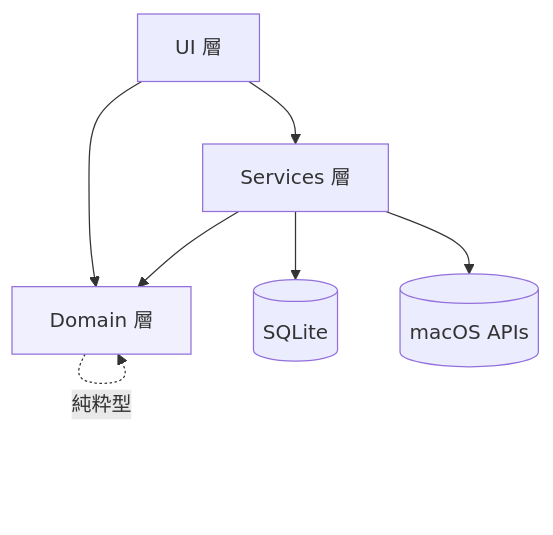
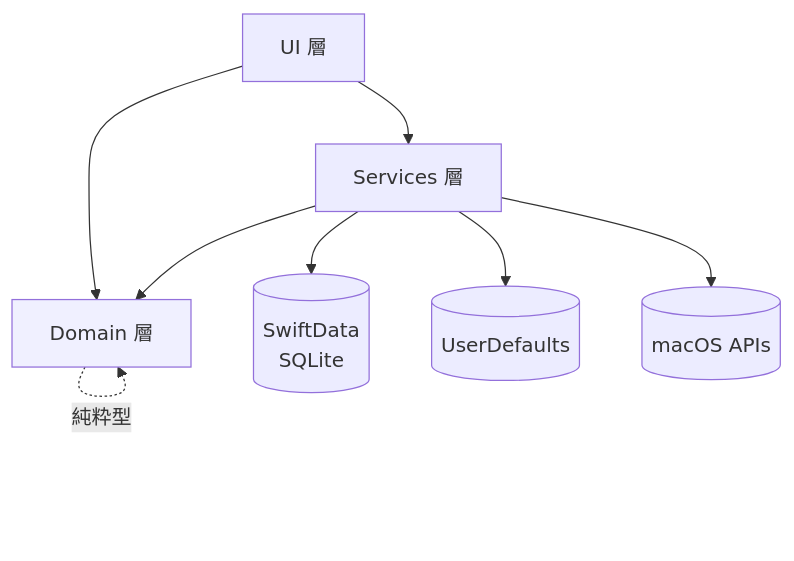
One commit to DIO0550/mac-clip-shelf changed the first of 2 diagrams in docs/clip-shelf/technical-spec.md. Above: the diagram before and after it, drawn with Mermaid. The commit also changed other lines of this file and 7 other files, not shown here.

First line of the commit message:
📝 [Doc]: #17 GRDB.swift/MASShortcut を SwiftData/KeyboardShortcuts に置き換え

````diff
--- a/docs/clip-shelf/technical-spec.md
+++ b/docs/clip-shelf/technical-spec.md
@@ -70,17 +70,19 @@
 ```mermaid
 flowchart TD
     UI[UI 層]
     SVC[Services 層]
     DOM[Domain 層]
-    DB[(SQLite)]
+    SD[(SwiftData<br/>SQLite)]
+    UD[(UserDefaults)]
     OS[(macOS APIs)]
 
     UI --> SVC
     UI --> DOM
     SVC --> DOM
-    SVC --> DB
+    SVC --> SD
+    SVC --> UD
     SVC --> OS
     DOM -.->|純粋型| DOM
 
     style DOM fill:#f0f0ff
 ```
````
